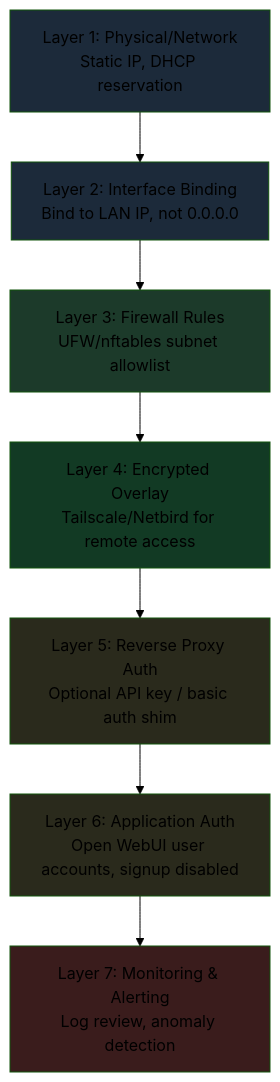
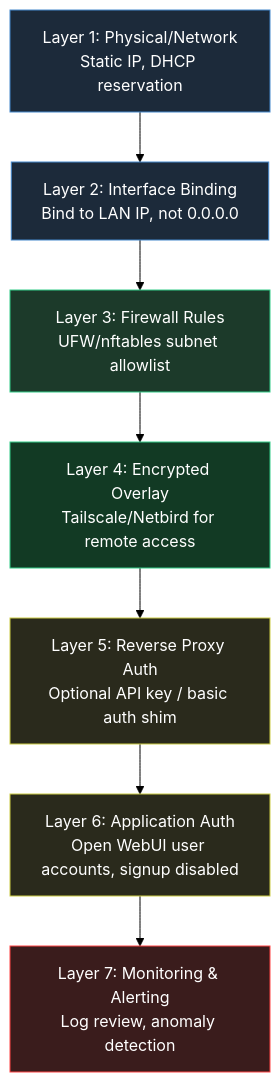
One commit to seanwhs/Tutorials changed diagram 12 of 20 in AI/Local-AI-Server.md. Above: the diagram before and after it, drawn with Mermaid (forest theme). The commit also changed other lines of this file, not shown here.

````diff
--- a/AI/Local-AI-Server.md
+++ b/AI/Local-AI-Server.md
@@ -699,17 +711,17 @@
 ```mermaid
 graph TD
     A["Layer 1: Physical/Network<br/>Static IP, DHCP reservation"] --> B["Layer 2: Interface Binding<br/>Bind to LAN IP, not 0.0.0.0"]
     B --> C["Layer 3: Firewall Rules<br/>UFW/nftables subnet allowlist"]
     C --> D["Layer 4: Encrypted Overlay<br/>Tailscale/Netbird for remote access"]
     D --> E["Layer 5: Reverse Proxy Auth<br/>Optional API key / basic auth shim"]
     E --> F["Layer 6: Application Auth<br/>Open WebUI user accounts, signup disabled"]
     F --> G["Layer 7: Monitoring & Alerting<br/>Log review, anomaly detection"]
 
-    style A fill:#1c2a3a
-    style B fill:#1c2a3a
-    style C fill:#1c3a2a
-    style D fill:#123a24
-    style E fill:#2a2a1c
-    style F fill:#2a2a1c
-    style G fill:#3a1c1c
+    style A fill:#1c2a3a,stroke:#4488cc,color:#ffffff
+    style B fill:#1c2a3a,stroke:#4488cc,color:#ffffff
+    style C fill:#1c3a2a,stroke:#33cc88,color:#ffffff
+    style D fill:#123a24,stroke:#33cc88,color:#ffffff
+    style E fill:#2a2a1c,stroke:#cccc44,color:#ffffff
+    style F fill:#2a2a1c,stroke:#cccc44,color:#ffffff
+    style G fill:#3a1c1c,stroke:#ff4444,color:#ffffff
 ```
````
